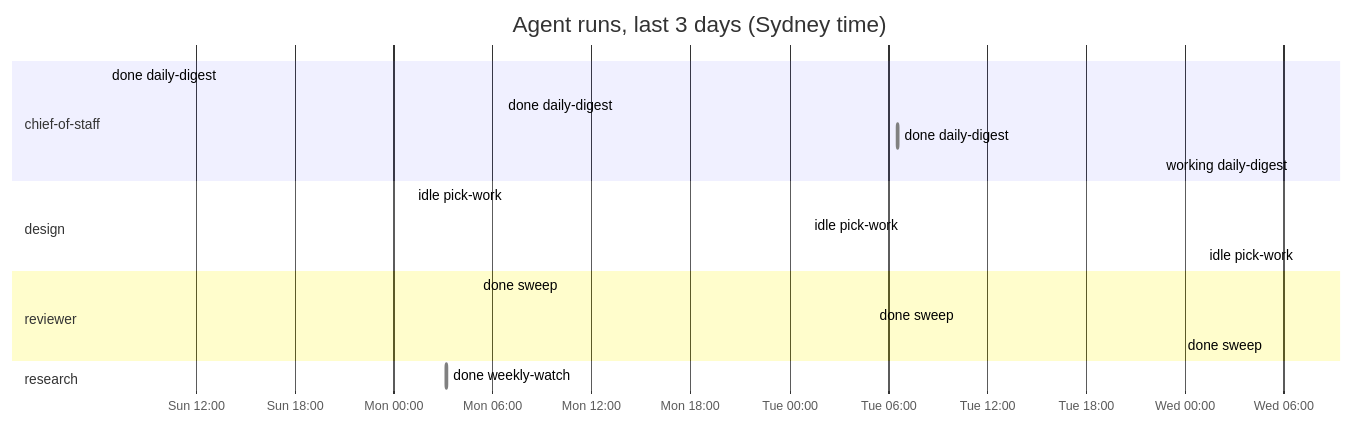
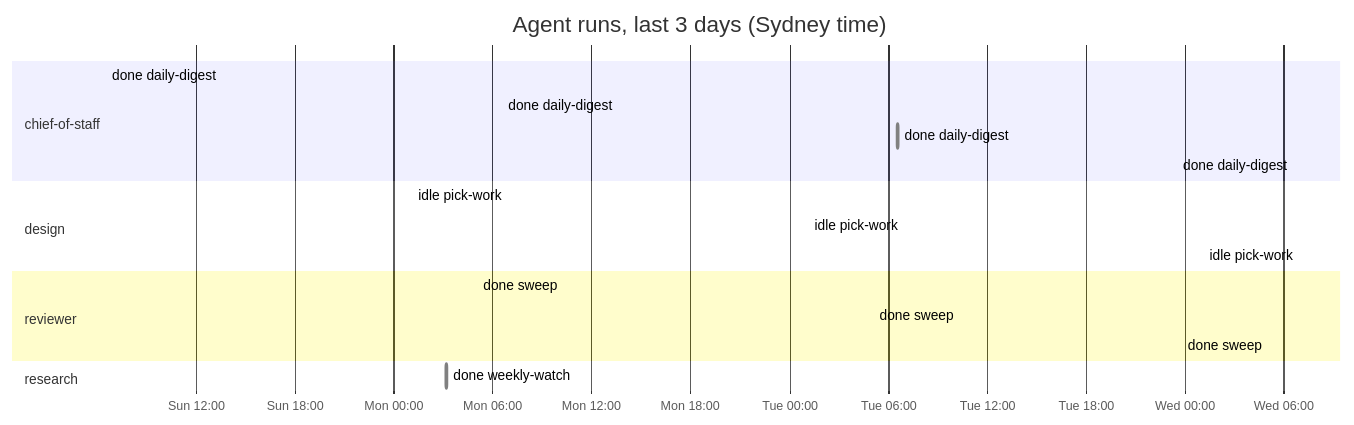
One commit to roulmediateam-byte/fifteen-expert-hq changed the diagram in dashboard.md. Above: the diagram before and after it, drawn with Mermaid. The commit also changed other lines of this file and 1 other file, not shown here.

````diff
--- a/dashboard.md
+++ b/dashboard.md
@@ -52,21 +53,21 @@
 ```mermaid
 gantt
     title Agent runs, last 3 days (Sydney time)
     dateFormat YYYY-MM-DD HH:mm
     axisFormat %a %H:%M
     section chief-of-staff
     done daily-digest :done, 2026-11-22 06:34, 2026-11-22 06:36
     done daily-digest :done, 2026-11-23 06:35, 2026-11-23 06:36
     done daily-digest :done, 2026-11-24 06:35, 2026-11-24 06:37
-    working daily-digest :active, 2026-11-25 06:34, 2026-11-25 06:35
+    done daily-digest :done, 2026-11-25 06:34, 2026-11-25 06:35
     section design
     idle pick-work :done, 2026-11-23 01:08, 2026-11-23 01:09
     idle pick-work :done, 2026-11-24 01:09, 2026-11-24 01:09
     idle pick-work :done, 2026-11-25 01:09, 2026-11-25 01:09
     section reviewer
     done sweep :done, 2026-11-23 05:04, 2026-11-23 05:06
     done sweep :done, 2026-11-24 05:05, 2026-11-24 05:06
     done sweep :done, 2026-11-25 05:04, 2026-11-25 05:05
     section research
     done weekly-watch :done, 2026-11-23 03:10, 2026-11-23 03:17
 ```
````
